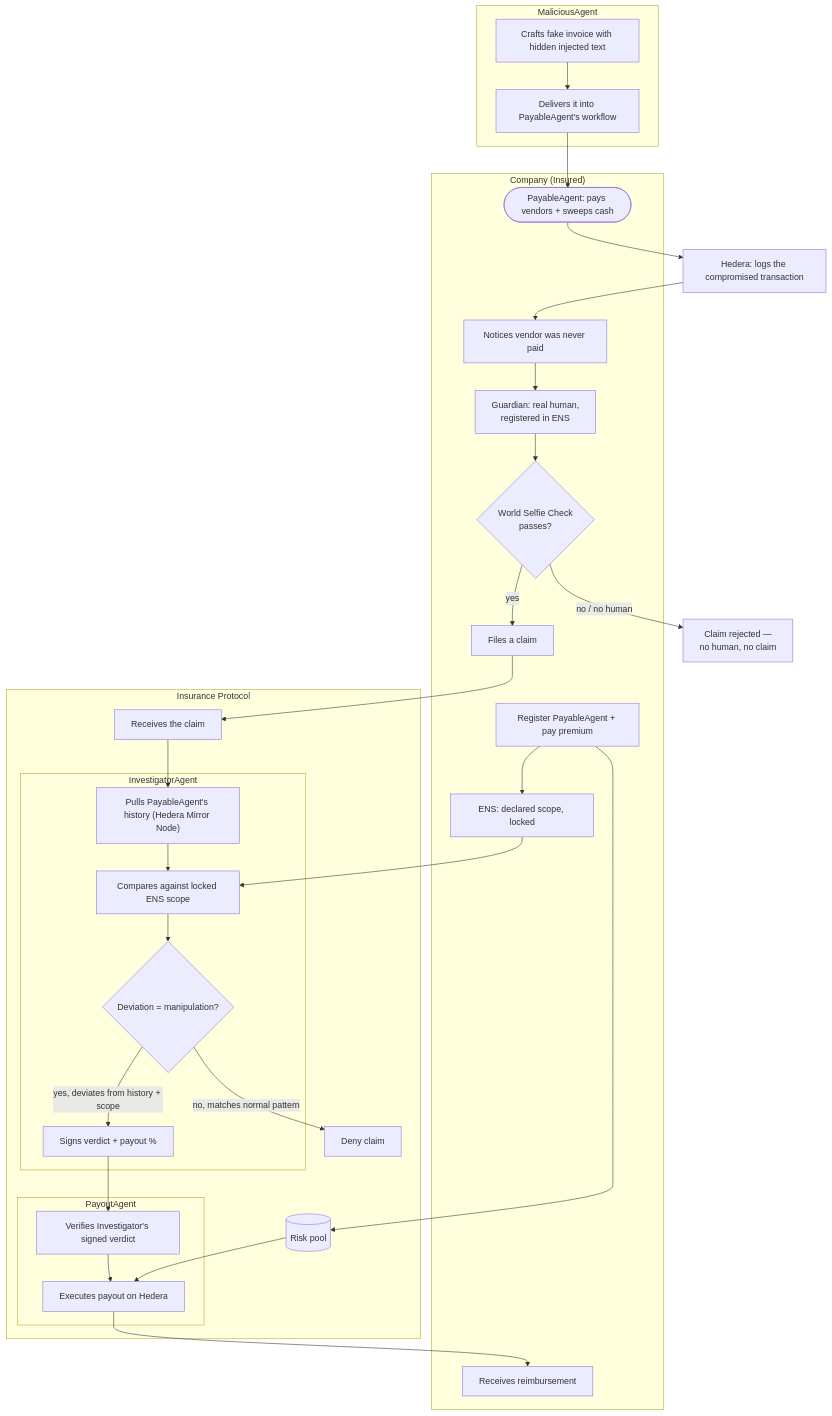
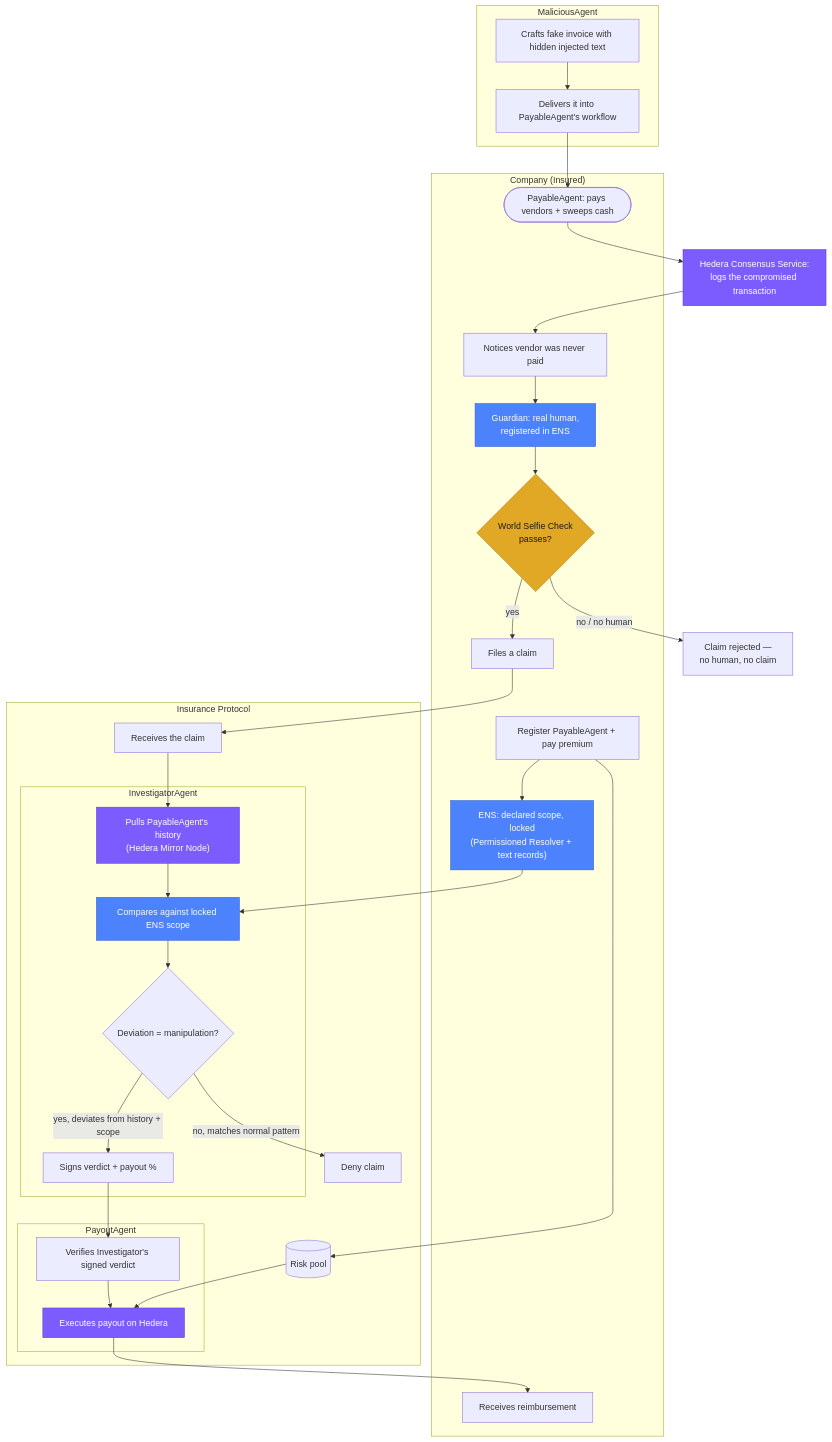
One commit to jianruan-io/agent-insure changed the fourth of 4 diagrams in README.md. Above: the diagram before and after it, drawn with Mermaid. The commit also changed other lines of this file, not shown here.

First line of the commit message:
Color-code sponsor tech (Hedera/ENS/World) across all three architecture diagrams

````diff
--- a/README.md
+++ b/README.md
@@ -164,53 +178,57 @@
 ```mermaid
 flowchart TD
     subgraph COMPANY["Company (Insured)"]
         REGISTER["Register PayableAgent + pay premium"]
-        SCOPE["ENS: declared scope, locked"]
+        SCOPE["ENS: declared scope, locked<br/>(Permissioned Resolver + text records)"]:::ens
         PAYABLE(["PayableAgent: pays vendors + sweeps cash"])
         NOTICE["Notices vendor was never paid"]
-        GUARDIAN["Guardian: real human,<br/>registered in ENS"]
-        SELFIE{"World Selfie Check<br/>passes?"}
+        GUARDIAN["Guardian: real human,<br/>registered in ENS"]:::ens
+        SELFIE{"World Selfie Check<br/>passes?"}:::world
         CLAIM["Files a claim"]
         PAID["Receives reimbursement"]
     end
 
     BLOCKED["Claim rejected —<br/>no human, no claim"]
 
     subgraph ATTACKER["MaliciousAgent"]
         CRAFT["Crafts fake invoice with hidden injected text"]
         SEND["Delivers it into PayableAgent's workflow"]
     end
 
-    LOG["Hedera: logs the compromised transaction"]
+    LOG["Hedera Consensus Service:<br/>logs the compromised transaction"]:::hedera
 
     subgraph INSURER["Insurance Protocol"]
         POOL[("Risk pool")]
         INTAKE["Receives the claim"]
 
         subgraph INVESTIGATOR["InvestigatorAgent"]
-            PULL["Pulls PayableAgent's history (Hedera Mirror Node)"]
-            CHECK["Compares against locked ENS scope"]
+            PULL["Pulls PayableAgent's history<br/>(Hedera Mirror Node)"]:::hedera
+            CHECK["Compares against locked ENS scope"]:::ens
             VERDICT{"Deviation = manipulation?"}
             SIGN["Signs verdict + payout %"]
         end
 
         subgraph PAYOUTAGENT["PayoutAgent"]
             VERIFY["Verifies Investigator's signed verdict"]
-            EXECUTE["Executes payout on Hedera"]
+            EXECUTE["Executes payout on Hedera"]:::hedera
         end
 
         DENY["Deny claim"]
     end
 
     REGISTER --> SCOPE
     REGISTER --> POOL
     CRAFT --> SEND --> PAYABLE --> LOG
     LOG --> NOTICE --> GUARDIAN --> SELFIE
     SELFIE -- "yes" --> CLAIM --> INTAKE
     SELFIE -- "no / no human" --> BLOCKED
     INTAKE --> PULL --> CHECK --> VERDICT
     SCOPE --> CHECK
     VERDICT -- "yes, deviates from history + scope" --> SIGN --> VERIFY --> EXECUTE
     VERDICT -- "no, matches normal pattern" --> DENY
     POOL --> EXECUTE --> PAID
+
+    classDef hedera fill:#7c5cff,color:#fff,stroke:#5a3fd6,stroke-width:1px
+    classDef ens fill:#4c82fb,color:#fff,stroke:#2f5fd1,stroke-width:1px
+    classDef world fill:#e0a825,color:#1a1a1a,stroke:#a97d13,stroke-width:1px
 ```
````
